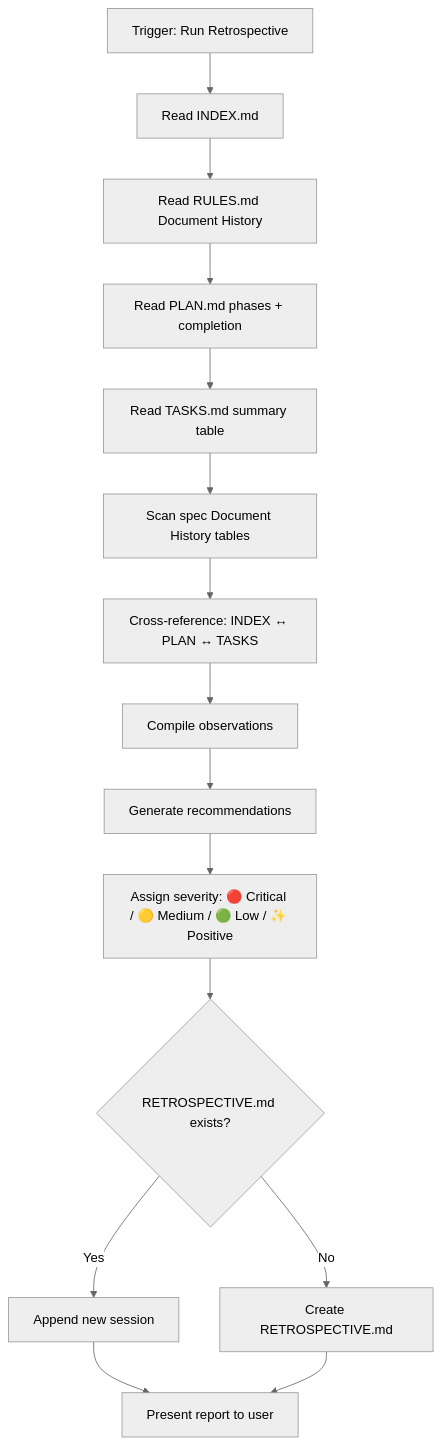
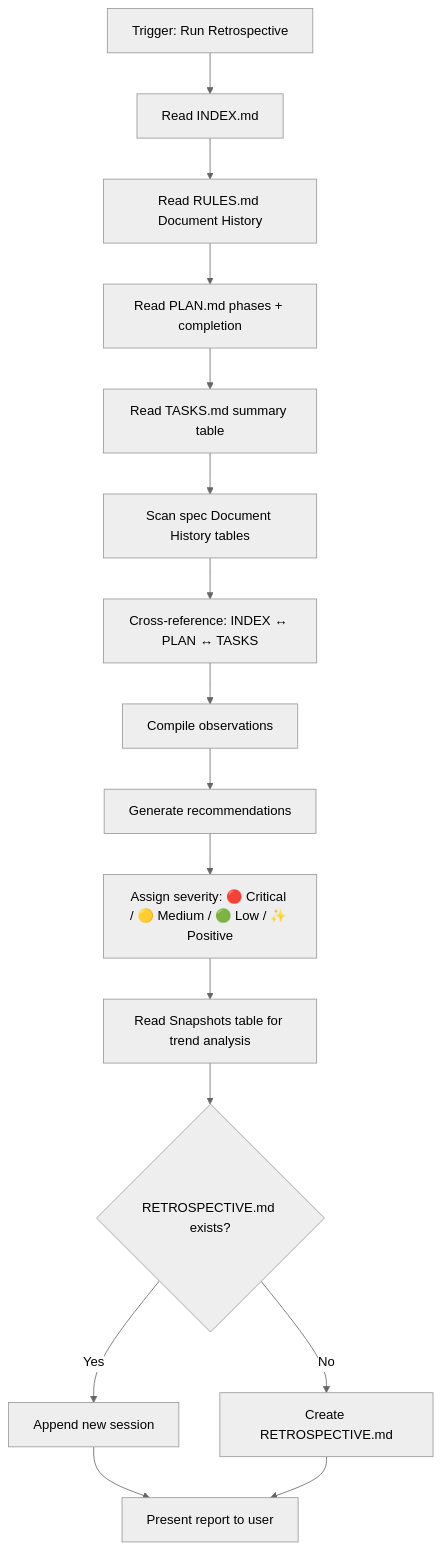
One commit to teratron/bevy-launchpad changed the second of 2 diagrams in .magic/retrospective.md. Above: the diagram before and after it, drawn with Mermaid (neutral theme). The commit also changed other lines of this file and 3 other files, not shown here.

````diff
--- a/.magic/retrospective.md
+++ b/.magic/retrospective.md
@@ -87,16 +142,17 @@
 ```mermaid
 graph TD
     A[Trigger: Run Retrospective] --> B[Read INDEX.md]
     B --> C[Read RULES.md Document History]
     C --> D[Read PLAN.md phases + completion]
     D --> E[Read TASKS.md summary table]
     E --> F[Scan spec Document History tables]
     F --> G[Cross-reference: INDEX ↔ PLAN ↔ TASKS]
     G --> H[Compile observations]
     H --> I[Generate recommendations]
     I --> J[Assign severity: 🔴 Critical / 🟡 Medium / 🟢 Low / ✨ Positive]
-    J --> K{RETROSPECTIVE.md exists?}
-    K -->|Yes| L[Append new session]
-    K -->|No| M[Create RETROSPECTIVE.md]
-    L & M --> N[Present report to user]
+    J --> K[Read Snapshots table for trend analysis]
+    K --> L{RETROSPECTIVE.md exists?}
+    L -->|Yes| M[Append new session]
+    L -->|No| N[Create RETROSPECTIVE.md]
+    M & N --> O[Present report to user]
 ```
````
